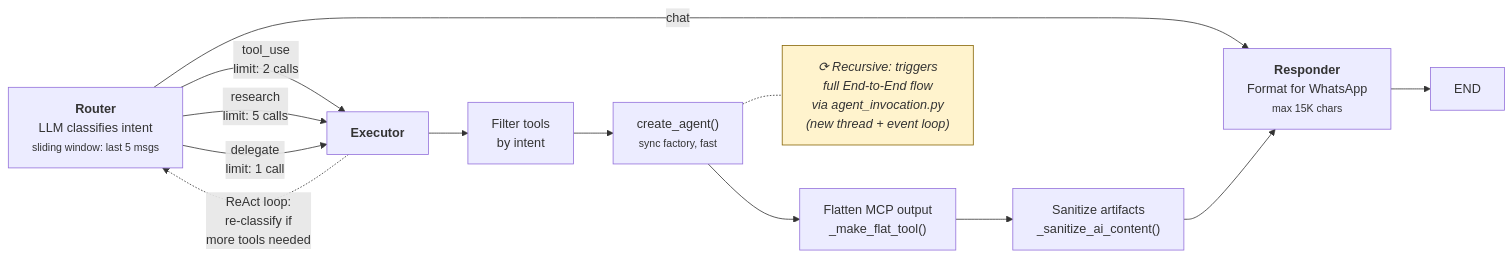
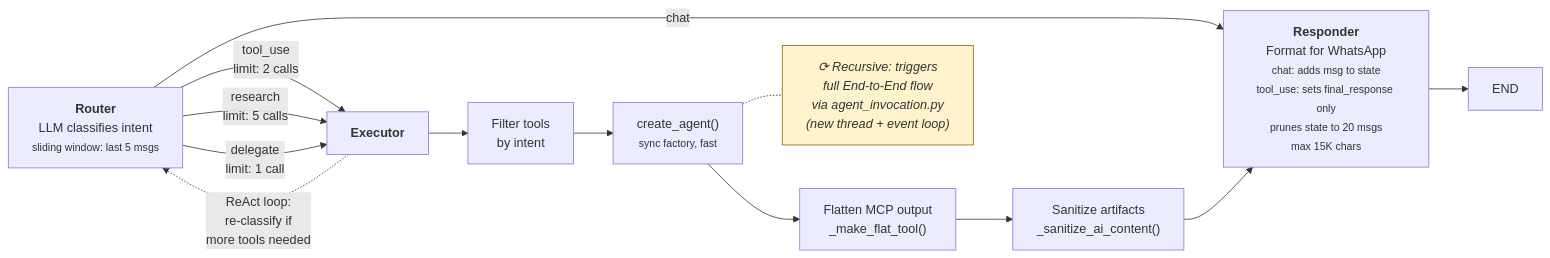
Before and after one commit to jeancsil/agntrick: the second of 2 diagrams in AGENTS.md, drawn with Mermaid. The commit also changed 9 other files, not shown here.

First line of the commit message:
feat: per-agent model routing with graph node overrides (#45)

````diff
--- a/AGENTS.md
+++ b/AGENTS.md
@@ -236,25 +236,25 @@
 ```mermaid
 flowchart LR
     ROUTER["<b>Router</b><br/>LLM classifies intent<br/><small>sliding window: last 5 msgs</small>"]
 
     ROUTER -->|"chat"| RESP
     ROUTER -->|"tool_use<br/>limit: 2 calls"| EXEC
     ROUTER -->|"research<br/>limit: 5 calls"| EXEC
     ROUTER -->|"delegate<br/>limit: 1 call"| EXEC
 
     EXEC["<b>Executor</b>"]
     EXEC --> FILT["Filter tools<br/>by intent"]
     FILT --> SUB["create_agent()<br/><small>sync factory, fast</small>"]
     SUB --> FLAT["Flatten MCP output<br/>_make_flat_tool()"]
     FLAT --> CLEAN["Sanitize artifacts<br/>_sanitize_ai_content()"]
     CLEAN --> RESP
 
     EXEC -.->|"ReAct loop:<br/>re-classify if<br/>more tools needed"| ROUTER
 
     SUB -.- note1["⟳ Recursive: triggers<br/>full End-to-End flow<br/>via agent_invocation.py<br/>(new thread + event loop)"]:::note
 
-    RESP["<b>Responder</b><br/>Format for WhatsApp<br/><small>max 15K chars</small>"]
+    RESP["<b>Responder</b><br/>Format for WhatsApp<br/><small>chat: adds msg to state<br/>tool_use: sets final_response only<br/>prunes state to 20 msgs<br/>max 15K chars</small>"]
     RESP --> END_NODE["END"]
 
     classDef note fill:#fff3cd,stroke:#856404,color:#333,font-style:italic
 ```
````
